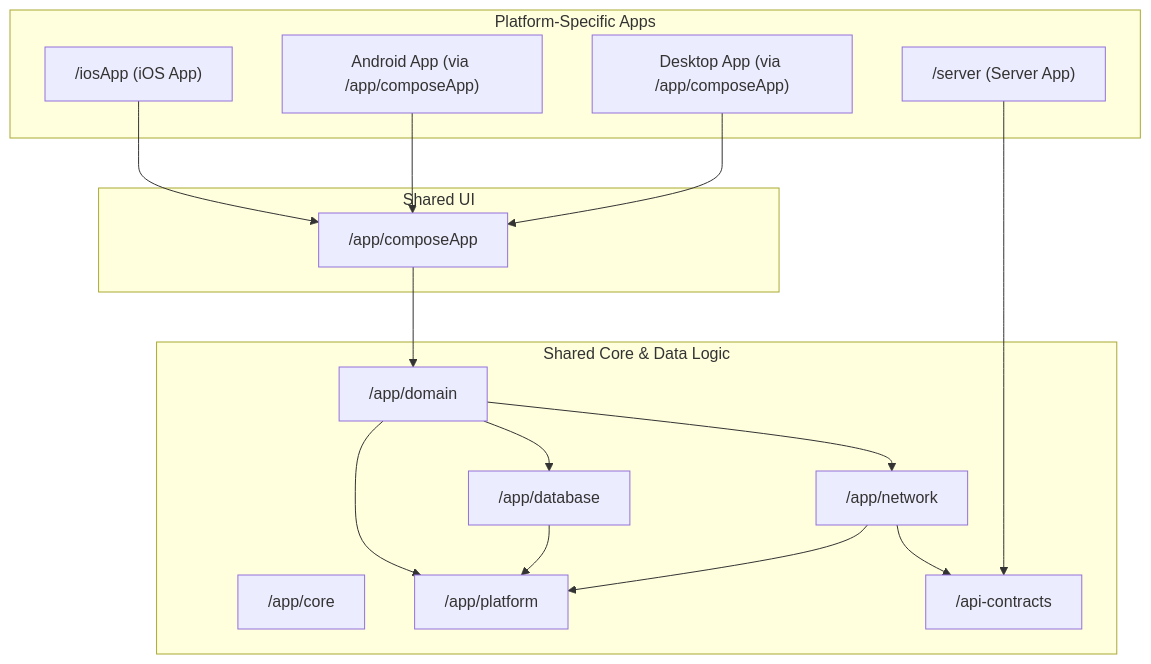
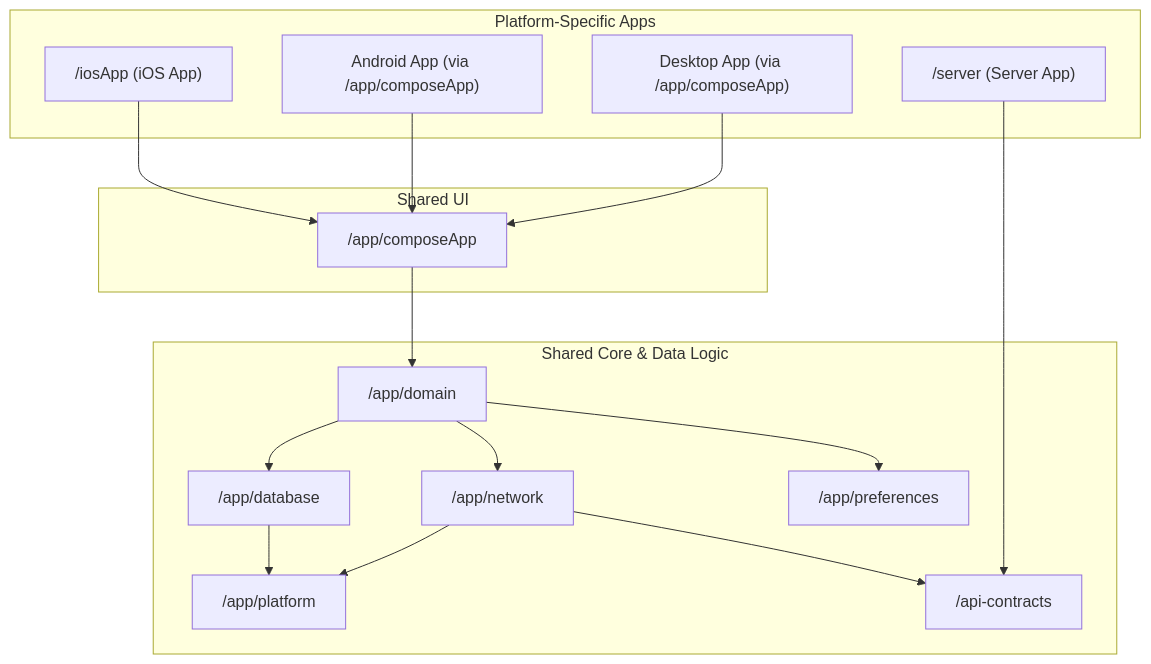
The diagram in README.md (GautierLouis/Sample-Compose-Multiplatform), drawn with Mermaid before and after one commit. The commit also changed 1 other file, not shown here.

````diff
--- a/README.md
+++ b/README.md
@@ -14,39 +14,39 @@
 ```mermaid
 graph TD
     subgraph "Platform-Specific Apps"
         A1["/iosApp (iOS App)"]
         A2["Android App (via /app/composeApp)"]
         A3["Desktop App (via /app/composeApp)"]
         S["/server (Server App)"]
     end
 
     subgraph "Shared UI"
         UI["/app/composeApp"]
     end
 
     subgraph "Shared Core & Data Logic"
-        C["/app/core"]
         D["/app/domain"]
         N["/app/network"]
         P["/app/platform"]
         DB["/app/database"]
         AC["/api-contracts"]
+        PR["/app/preferences"]
     end
 
     %% Application Dependencies
     A1 --> UI
     A2 --> UI
     A3 --> UI
 
     %% UI Dependencies
     UI --> D
 
     %% Core Logic Dependencies
-    D --> P
+    D --> PR
     D --> DB
     D --> N
     DB --> P
     N --> P
     N --> AC
     S --> AC
 ```
````
